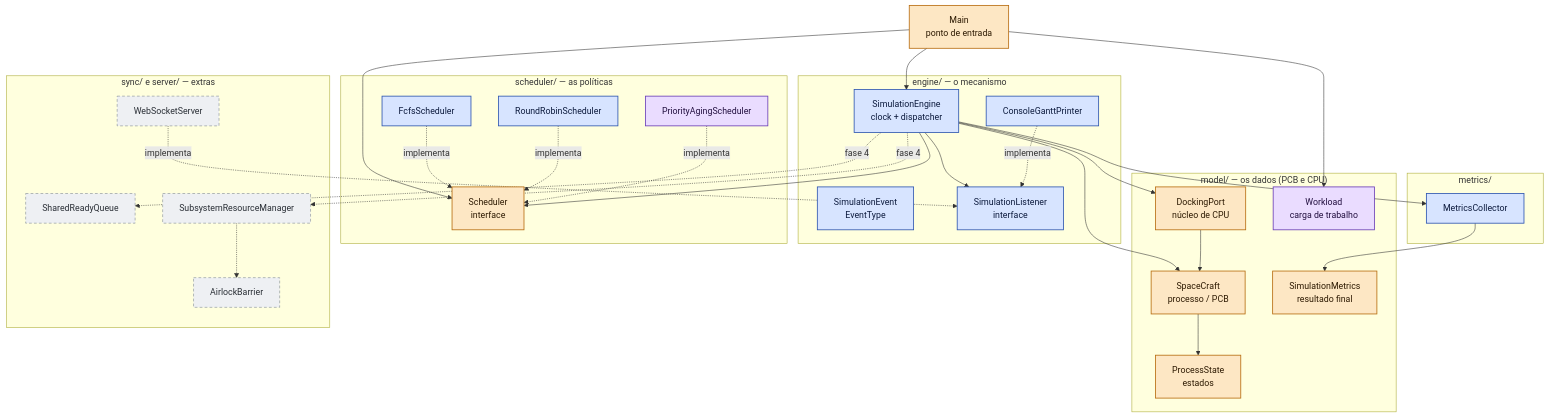
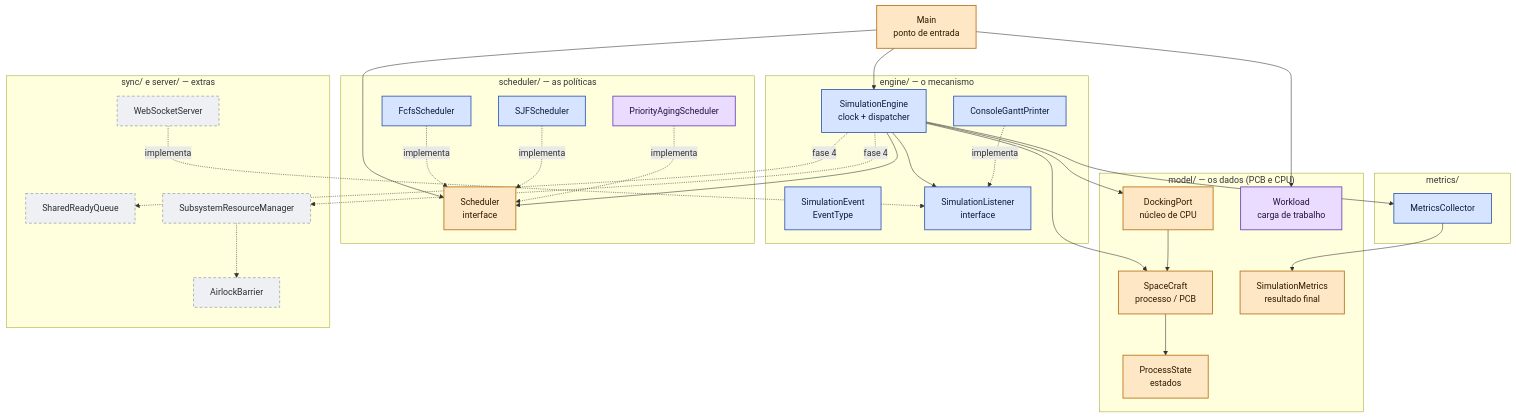
One commit to Felipe-Tagawa/Promethean changed the first of 6 diagrams in docs/uml/README.md. Above: the diagram before and after it, drawn with Mermaid. The commit also changed other lines of this file and 3 other files, not shown here.

Commit message:
fix: remove Round Robin e todas as referências do projeto

````diff
--- a/docs/uml/README.md
+++ b/docs/uml/README.md
@@ -32,62 +32,62 @@
 ```mermaid
 flowchart TB
     Main["Main<br/>ponto de entrada"]:::existe
 
     subgraph MODEL["model/ — os dados (PCB e CPU)"]
         SC["SpaceCraft<br/>processo / PCB"]:::existe
         PS["ProcessState<br/>estados"]:::existe
         DP["DockingPort<br/>núcleo de CPU"]:::existe
         SM["SimulationMetrics<br/>resultado final"]:::existe
         WL["Workload<br/>carga de trabalho"]:::fase3
     end
 
     subgraph SCHED["scheduler/ — as políticas"]
         SI["Scheduler<br/>interface"]:::existe
         FC["FcfsScheduler"]:::fase2
-        RR["RoundRobinScheduler"]:::fase2
+        SJF["SJFScheduler"]:::fase2
         PA["PriorityAgingScheduler"]:::fase3
     end
 
     subgraph ENGINE["engine/ — o mecanismo"]
         EN["SimulationEngine<br/>clock + dispatcher"]:::fase2
         EV["SimulationEvent<br/>EventType"]:::fase2
         LI["SimulationListener<br/>interface"]:::fase2
         CG["ConsoleGanttPrinter"]:::fase2
     end
 
     subgraph METRICS["metrics/"]
         MC["MetricsCollector"]:::fase2
     end
 
     subgraph FUT["sync/ e server/ — extras"]
         SQ["SharedReadyQueue"]:::fase4
         SR["SubsystemResourceManager"]:::fase4
         AB["AirlockBarrier"]:::fase4
         WS["WebSocketServer"]:::fase4
     end
 
     Main --> EN
     Main --> WL
     Main --> SI
     FC -.implementa.-> SI
-    RR -.implementa.-> SI
+    SJF -.implementa.-> SI
     PA -.implementa.-> SI
     EN --> SI
     EN --> DP
     EN --> SC
     EN --> MC
     EN --> LI
     DP --> SC
     SC --> PS
     MC --> SM
     CG -.implementa.-> LI
     WS -.implementa.-> LI
     EN -.fase 4.-> SR
     EN -.fase 4.-> SQ
     SR -.-> AB
 
     classDef existe fill:#fde7c4,stroke:#b86e12,color:#2d1a02,stroke-width:1.5px
     classDef fase2 fill:#d7e4ff,stroke:#2f56b0,color:#0c1a3d,stroke-width:1.5px
     classDef fase3 fill:#eadcff,stroke:#6b3fb8,color:#231040,stroke-width:1.5px
     classDef fase4 fill:#eef0f3,stroke:#7a828e,color:#2a2f36,stroke-dasharray:5 4
 ```
````
